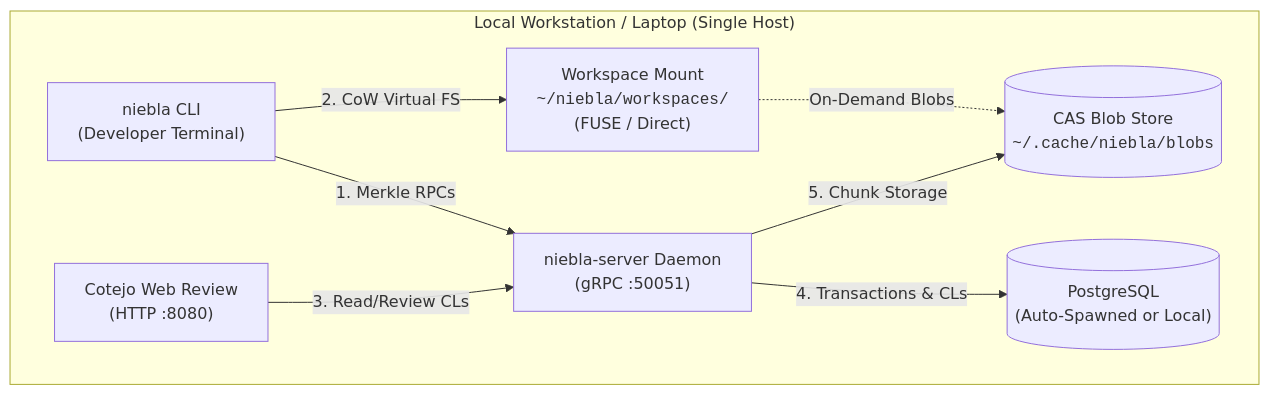
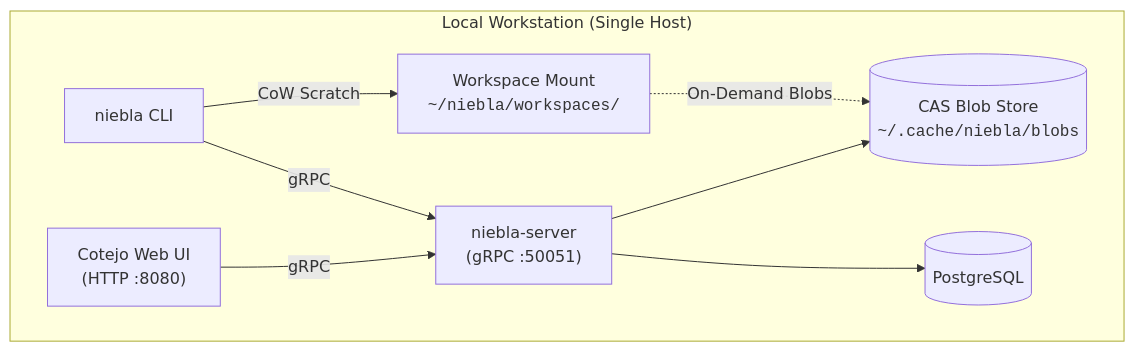
The diagram in docs-site/src/content/docs/recipes/local-setup.md (mrtnzjsh/niebla), drawn with Mermaid before and after one commit. The commit also changed other lines of this file and 40 other files, not shown here.

````diff
--- a/docs-site/src/content/docs/recipes/local-setup.md
+++ b/docs-site/src/content/docs/recipes/local-setup.md
@@ -13,18 +16,18 @@
 ```mermaid
 flowchart TD
-    subgraph Host["Local Workstation / Laptop (Single Host)"]
-        CLI["niebla CLI<br/>(Developer Terminal)"]
-        FUSE["Workspace Mount<br/><code>~/niebla/workspaces/</code><br/>(FUSE / Direct)"]
-        Server["niebla-server Daemon<br/>(gRPC :50051)"]
-        Cotejo["Cotejo Web Review<br/>(HTTP :8080)"]
-        PG[("PostgreSQL<br/>(Auto-Spawned or Local)")]
+    subgraph Host["Local Workstation (Single Host)"]
+        CLI["niebla CLI"]
+        FUSE["Workspace Mount<br/><code>~/niebla/workspaces/</code>"]
+        Server["niebla-server<br/>(gRPC :50051)"]
+        Cotejo["Cotejo Web UI<br/>(HTTP :8080)"]
+        PG[("PostgreSQL")]
         CAS[("CAS Blob Store<br/><code>~/.cache/niebla/blobs</code>")]
 
-        CLI -->|"1. Merkle RPCs"| Server
-        CLI -->|"2. CoW Virtual FS"| FUSE
-        Cotejo -->|"3. Read/Review CLs"| Server
-        Server -->|"4. Transactions & CLs"| PG
-        Server -->|"5. Chunk Storage"| CAS
+        CLI -->|"gRPC"| Server
+        CLI -->|"CoW Scratch"| FUSE
+        Cotejo -->|"gRPC"| Server
+        Server --> PG
+        Server --> CAS
         FUSE -.->|"On-Demand Blobs"| CAS
     end
 ```
````
